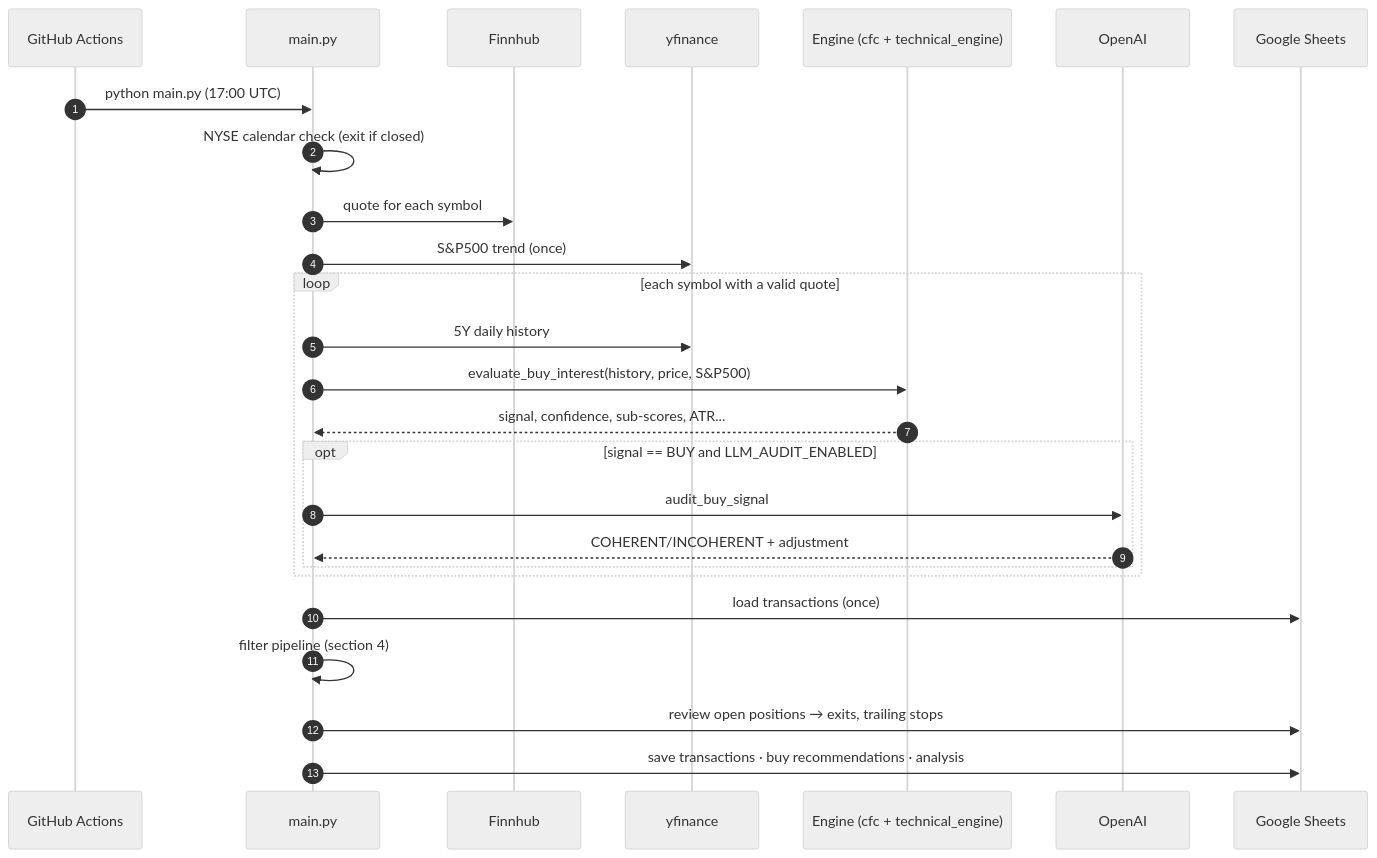
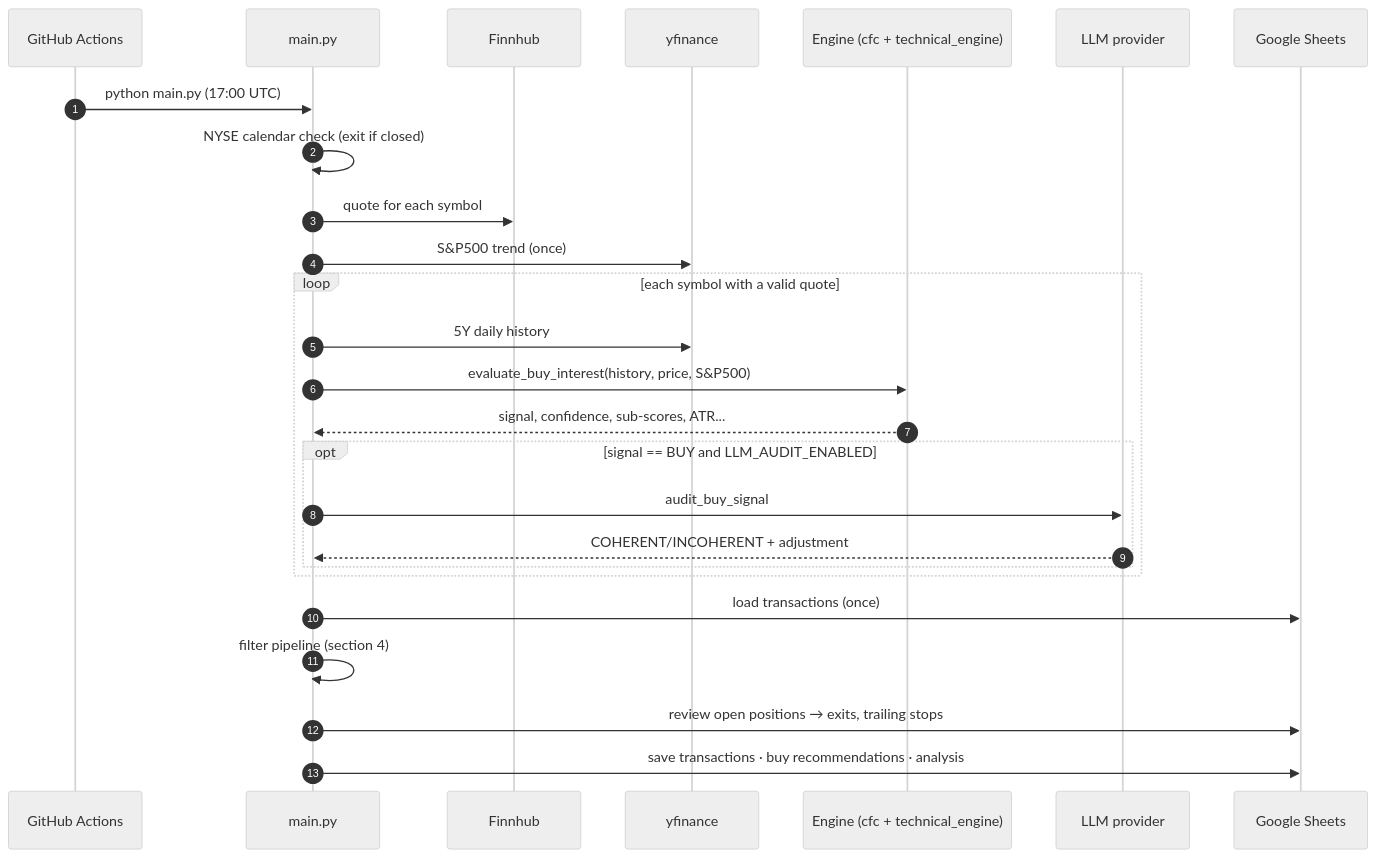
Before and after one commit to manu-gt-hub/trading_advisor: the third of 9 diagrams in docs/ARCHITECTURE.md, drawn with Mermaid (neutral theme). The commit also changed other lines of this file and 71 other files, not shown here.

````diff
--- a/docs/ARCHITECTURE.md
+++ b/docs/ARCHITECTURE.md
@@ -108,29 +110,29 @@
 ```mermaid
 sequenceDiagram
     autonumber
     participant GA as GitHub Actions
     participant M as main.py
     participant FH as Finnhub
     participant YF as yfinance
     participant E as Engine (cfc + technical_engine)
-    participant L as OpenAI
+    participant L as LLM provider
     participant D as Google Sheets
 
     GA->>M: python main.py (17:00 UTC)
     M->>M: NYSE calendar check (exit if closed)
     M->>FH: quote for each symbol
     M->>YF: S&P500 trend (once)
     loop each symbol with a valid quote
         M->>YF: 5Y daily history
         M->>E: evaluate_buy_interest(history, price, S&P500)
         E-->>M: signal, confidence, sub-scores, ATR...
         opt signal == BUY and LLM_AUDIT_ENABLED
             M->>L: audit_buy_signal
             L-->>M: COHERENT/INCOHERENT + adjustment
         end
     end
     M->>D: load transactions (once)
     M->>M: filter pipeline (section 4)
     M->>D: review open positions → exits, trailing stops
     M->>D: save transactions · buy recommendations · analysis
 ```
````
